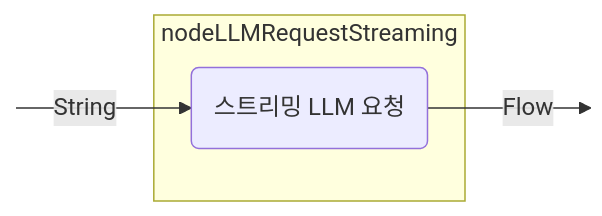
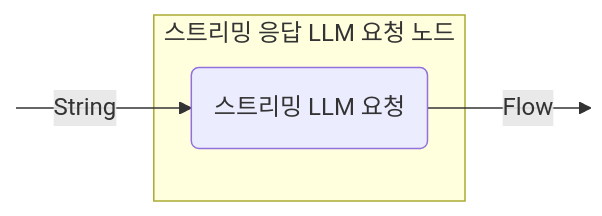
One commit to BinaryTape/Open-Docs changed the eighth of 15 diagrams in docs/ko/koog/nodes-and-components.md. Above: the diagram before and after it, drawn with Mermaid. The commit also changed other lines of this file and 164 other files, not shown here.

````diff
--- a/docs/ko/koog/nodes-and-components.md
+++ b/docs/ko/koog/nodes-and-components.md
@@ -382,13 +382,13 @@
 ```mermaid
 graph LR
     in:::hidden
     out:::hidden
     
-    subgraph node ["nodeLLMRequestStreaming"]
+    subgraph node ["스트리밍 응답 LLM 요청 노드"]
         execute(스트리밍 LLM 요청)
     end
     
     in --String--> execute --Flow--> out
 
     classDef hidden display: none;
 ```
````
